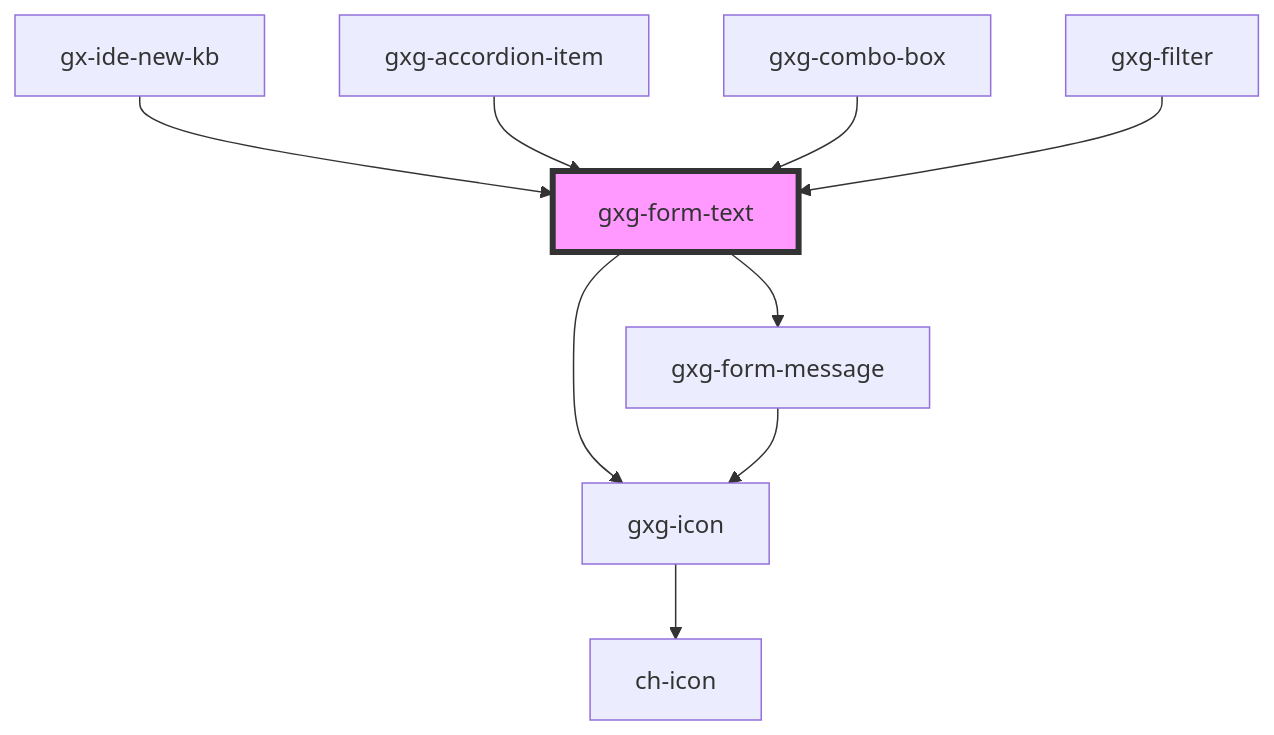
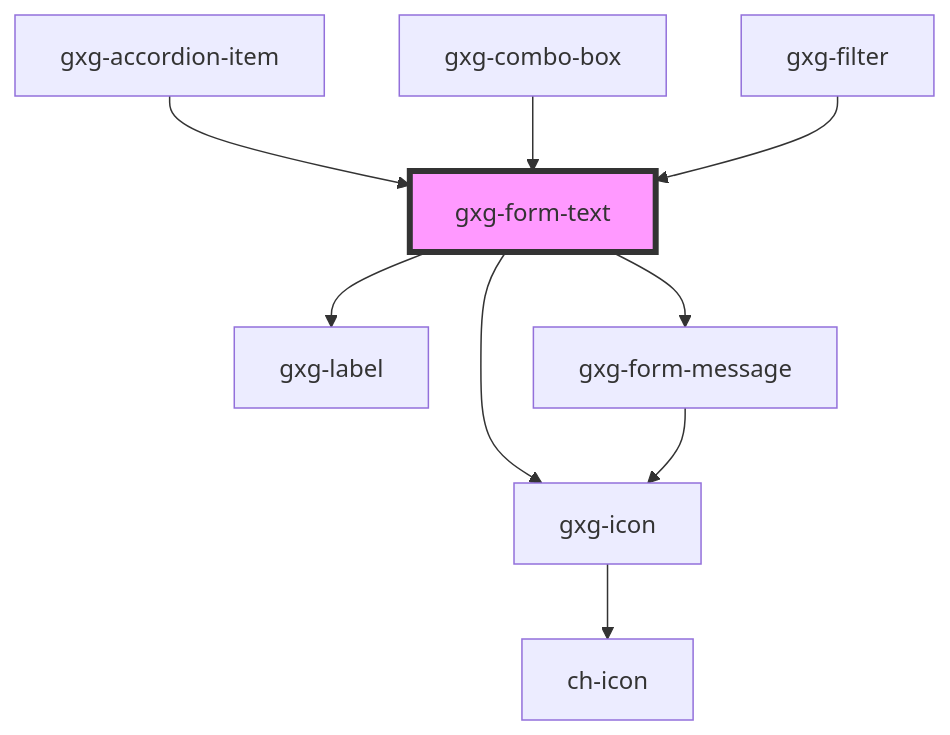
The diagram in src/components/form-text/readme.md (genexuslabs/gemini), drawn with Mermaid before and after one commit. The commit also changed other lines of this file and 59 other files, not shown here.

Commit message:
update "label" with "gxg-label"

````diff
--- a/src/components/form-text/readme.md
+++ b/src/components/form-text/readme.md
@@ -142,12 +142,12 @@
 ```mermaid
 graph TD;
   gxg-form-text --> gxg-icon
+  gxg-form-text --> gxg-label
   gxg-form-text --> gxg-form-message
   gxg-icon --> ch-icon
   gxg-form-message --> gxg-icon
-  gx-ide-new-kb --> gxg-form-text
   gxg-accordion-item --> gxg-form-text
   gxg-combo-box --> gxg-form-text
   gxg-filter --> gxg-form-text
   style gxg-form-text fill:#f9f,stroke:#333,stroke-width:4px
 ```
````
